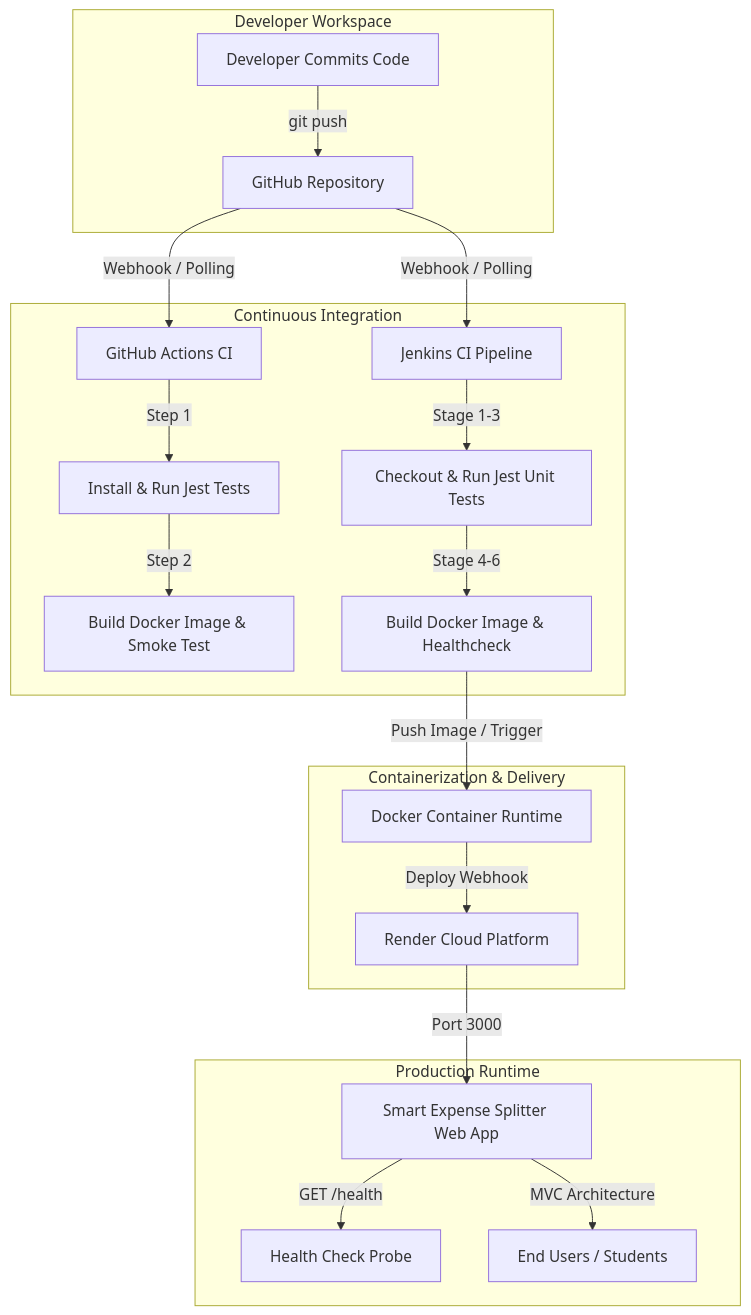
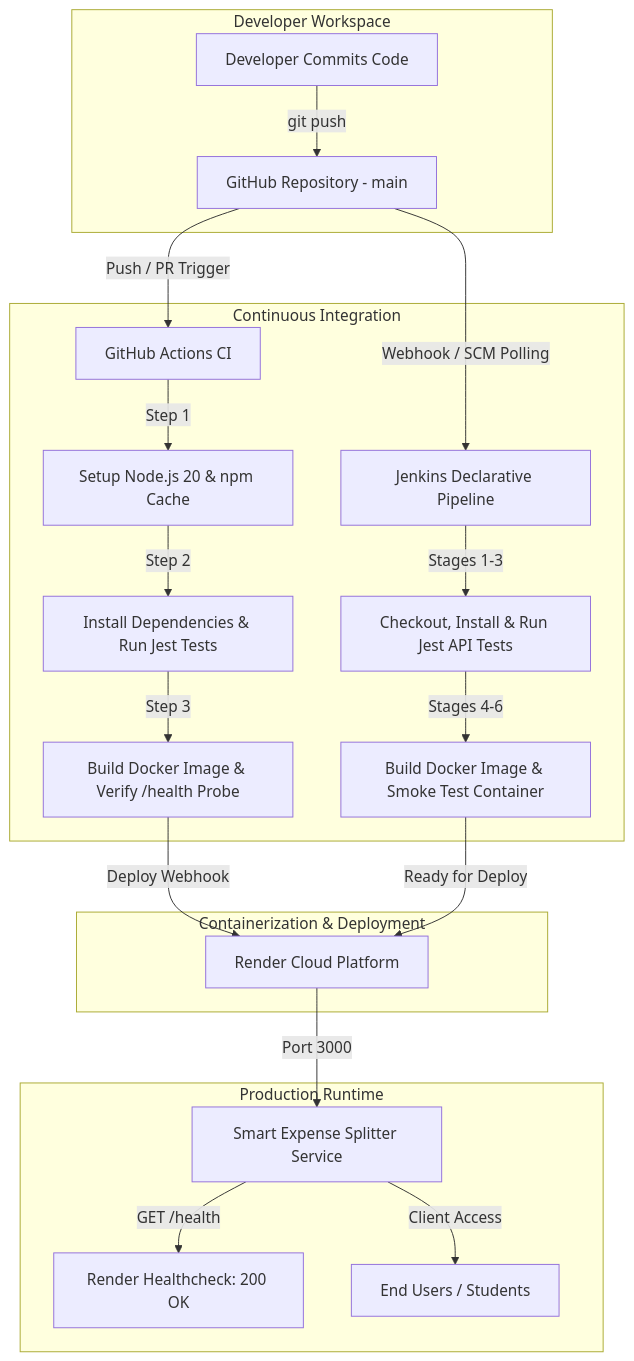
One commit to AK1LAYS/smart-expense-splitter changed the diagram in README.md. Above: the diagram before and after it, drawn with Mermaid. The commit also changed other lines of this file, not shown here.

Commit message:
Add production deployment and CI/CD documentation

````diff
--- a/README.md
+++ b/README.md
@@ -52,28 +54,29 @@
 ```mermaid
 flowchart TD
     subgraph Developer Workspace
-        DEV[Developer Commits Code] -->|git push| GH[GitHub Repository]
+        DEV[Developer Commits Code] -->|git push| GH[GitHub Repository - main]
     end
 
     subgraph Continuous Integration
-        GH -->|Webhook / Polling| GHA[GitHub Actions CI]
-        GH -->|Webhook / Polling| JNK[Jenkins CI Pipeline]
+        GH -->|Push / PR Trigger| GHA[GitHub Actions CI]
+        GH -->|Webhook / SCM Polling| JNK[Jenkins Declarative Pipeline]
         
-        GHA -->|Step 1| GHA_TEST[Install & Run Jest Tests]
-        GHA_TEST -->|Step 2| GHA_DOCKER[Build Docker Image & Smoke Test]
+        GHA -->|Step 1| GHA_CACHE[Setup Node.js 20 & npm Cache]
+        GHA_CACHE -->|Step 2| GHA_TEST[Install Dependencies & Run Jest Tests]
+        GHA_TEST -->|Step 3| GHA_DOCKER[Build Docker Image & Verify /health Probe]
         
-        JNK -->|Stage 1-3| JNK_TEST[Checkout & Run Jest Unit Tests]
-        JNK_TEST -->|Stage 4-6| JNK_DOCKER[Build Docker Image & Healthcheck]
+        JNK -->|Stages 1-3| JNK_TEST[Checkout, Install & Run Jest API Tests]
+        JNK_TEST -->|Stages 4-6| JNK_DOCKER[Build Docker Image & Smoke Test Container]
     end
 
-    subgraph Containerization & Delivery
-        JNK_DOCKER -->|Push Image / Trigger| DOCKER_HUB[Docker Container Runtime]
-        DOCKER_HUB -->|Deploy Webhook| RENDER[Render Cloud Platform]
+    subgraph Containerization & Deployment
+        GHA_DOCKER -->|Deploy Webhook| RENDER[Render Cloud Platform]
+        JNK_DOCKER -->|Ready for Deploy| RENDER
     end
 
     subgraph Production Runtime
-        RENDER -->|Port 3000| APP[Smart Expense Splitter Web App]
-        APP -->|GET /health| HC[Health Check Probe]
-        APP -->|MVC Architecture| CLIENT[End Users / Students]
+        RENDER -->|Port 3000| APP[Smart Expense Splitter Service]
+        APP -->|GET /health| HC[Render Healthcheck: 200 OK]
+        APP -->|Client Access| USERS[End Users / Students]
     end
 ```
````
